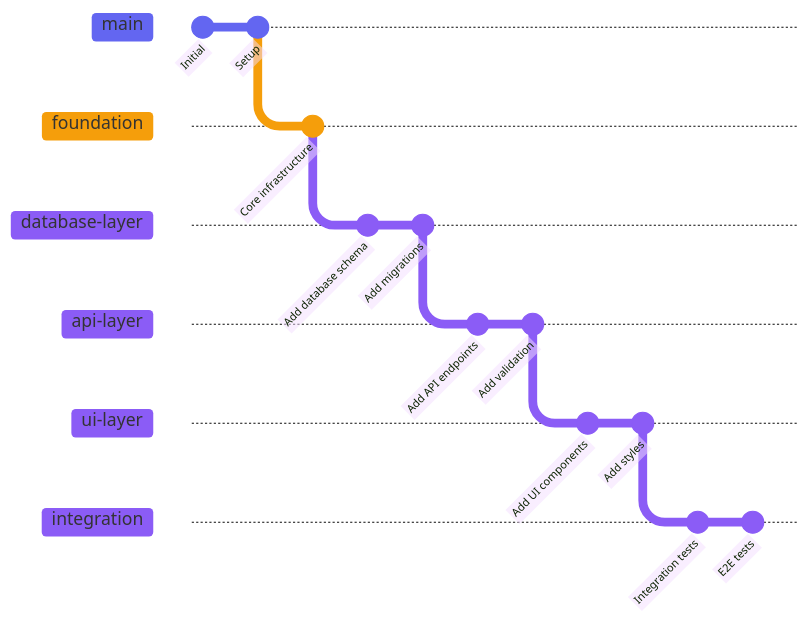
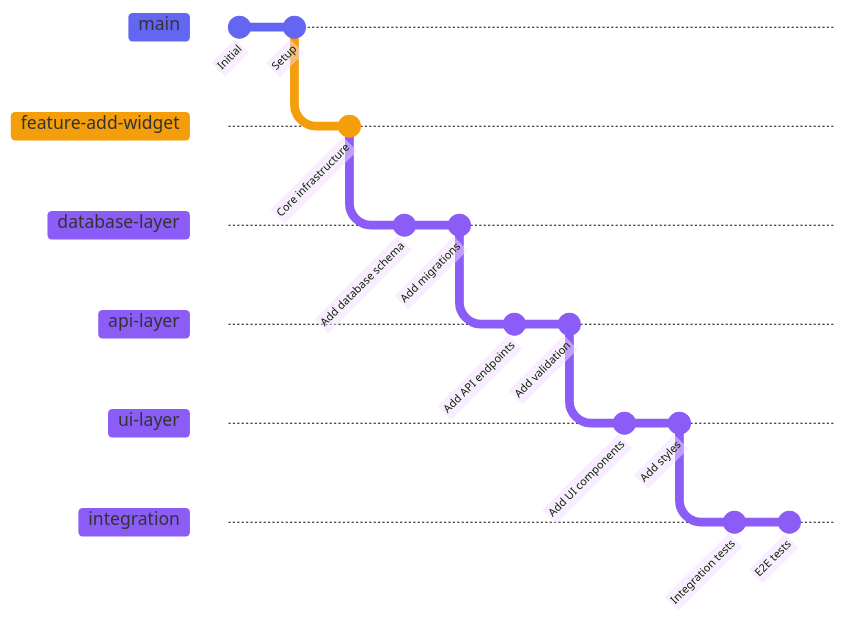
One commit to yannvanhalewyn/prstack changed the first of 4 diagrams in documentation/content/docs/advanced-workflows.mdx. Above: the diagram before and after it, drawn with Mermaid. The commit also changed other lines of this file, not shown here.

````diff
--- a/documentation/content/docs/advanced-workflows.mdx
+++ b/documentation/content/docs/advanced-workflows.mdx
@@ -16,20 +12,20 @@
 ```mermaid
 %%{init: {'theme':'base', 'themeVariables': {'git0':'#6366f1','git1':'#f59e0b','git2':'#8b5cf6','git3':'#8b5cf6','git4':'#8b5cf6','git5':'#8b5cf6'}}}%%
 gitGraph
   commit id: "Initial"
   commit id: "Setup"
-  branch foundation
+  branch feature-add-widget
   commit id: "Core infrastructure"
   branch database-layer
   commit id: "Add database schema"
   commit id: "Add migrations"
   branch api-layer
   commit id: "Add API endpoints"
   commit id: "Add validation"
   branch ui-layer
   commit id: "Add UI components"
   commit id: "Add styles"
   branch integration
   commit id: "Integration tests"
   commit id: "E2E tests"
 ```
````
